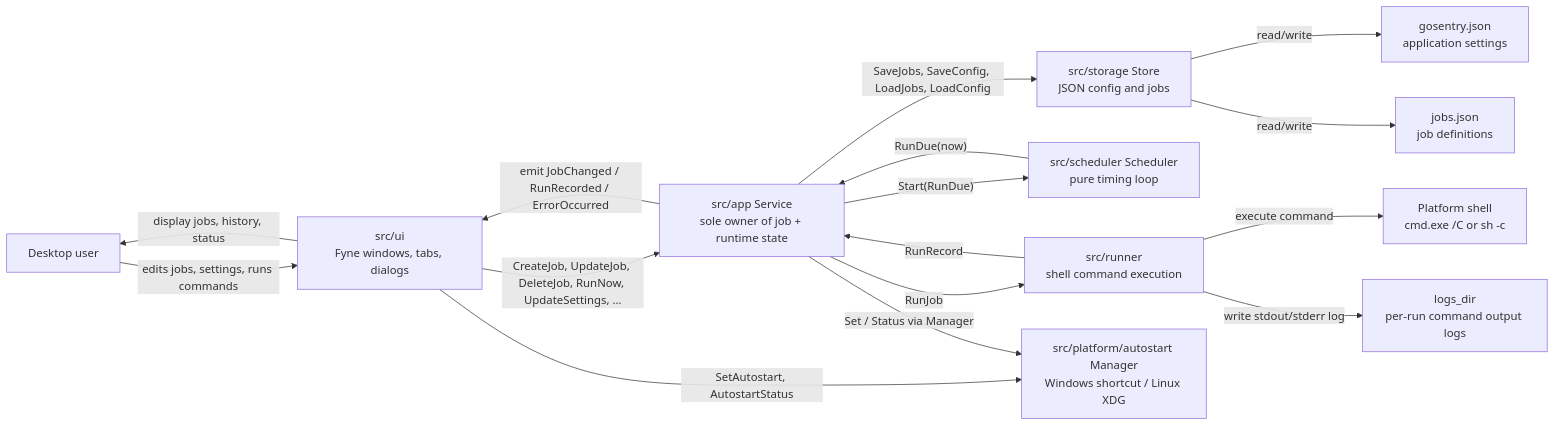
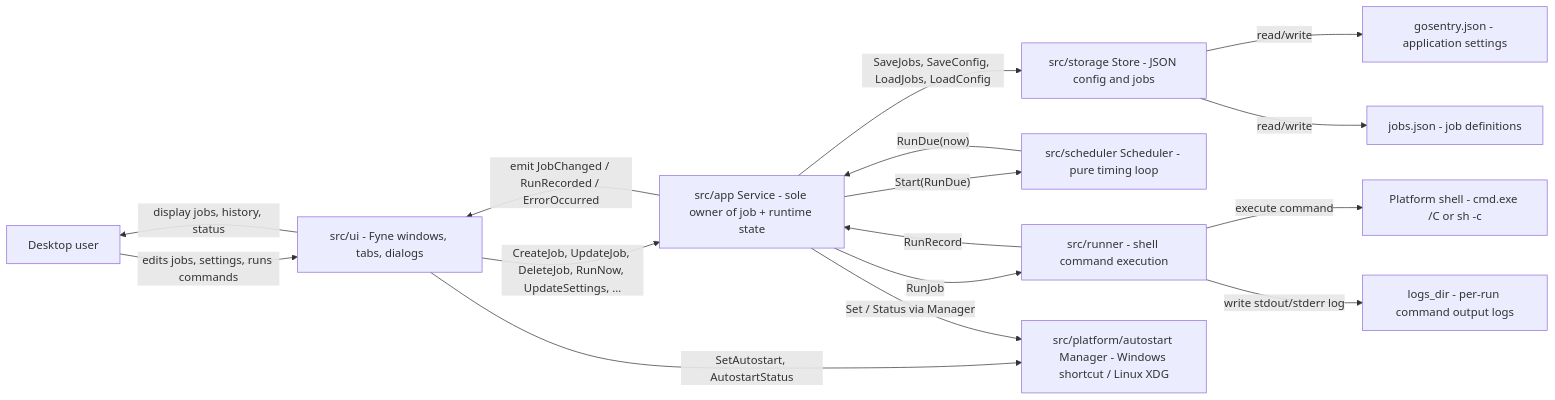
Before and after one commit to mixeme/gosentry: the diagram in docs/ARCHITECTURE.md, drawn with Mermaid.

Commit message:
docs: remove <br/> from mermaid labels to fix Gitea rendering
The prior fix switched \n to <br/> in node labels, but Gitea's mermaid
renderer still emits unclosed <br> tags in the generated SVG regardless
of source syntax. Use single-line labels instead to avoid <br> entirely.

````diff
--- a/docs/ARCHITECTURE.md
+++ b/docs/ARCHITECTURE.md
@@ -27,32 +27,32 @@
 ```mermaid
 flowchart LR
     user["Desktop user"]
-    ui["src/ui<br/>Fyne windows, tabs, dialogs"]
-    svc["src/app Service<br/>sole owner of job + runtime state"]
-    store["src/storage Store<br/>JSON config and jobs"]
-    sched["src/scheduler Scheduler<br/>pure timing loop"]
-    runner["src/runner<br/>shell command execution"]
-    autostart["src/platform/autostart Manager<br/>Windows shortcut / Linux XDG"]
-    config["gosentry.json<br/>application settings"]
-    jobs["jobs.json<br/>job definitions"]
-    logs["logs_dir<br/>per-run command output logs"]
-    shell["Platform shell<br/>cmd.exe /C or sh -c"]
+    ui["src/ui - Fyne windows, tabs, dialogs"]
+    svc["src/app Service - sole owner of job + runtime state"]
+    store["src/storage Store - JSON config and jobs"]
+    sched["src/scheduler Scheduler - pure timing loop"]
+    runner["src/runner - shell command execution"]
+    autostart["src/platform/autostart Manager - Windows shortcut / Linux XDG"]
+    config["gosentry.json - application settings"]
+    jobs["jobs.json - job definitions"]
+    logs["logs_dir - per-run command output logs"]
+    shell["Platform shell - cmd.exe /C or sh -c"]
 
     user -->|"edits jobs, settings, runs commands"| ui
     ui -->|"CreateJob, UpdateJob, DeleteJob, RunNow, UpdateSettings, …"| svc
     svc -->|"SaveJobs, SaveConfig, LoadJobs, LoadConfig"| store
     store -->|"read/write"| config
     store -->|"read/write"| jobs
 
     svc -->|"Start(RunDue)"| sched
     sched -->|"RunDue(now)"| svc
     svc -->|"RunJob"| runner
     runner -->|"execute command"| shell
     runner -->|"write stdout/stderr log"| logs
     runner -->|"RunRecord"| svc
     svc -->|"emit JobChanged / RunRecorded / ErrorOccurred"| ui
     ui -->|"display jobs, history, status"| user
 
     ui -->|"SetAutostart, AutostartStatus"| autostart
     svc -->|"Set / Status via Manager"| autostart
 ```
````
